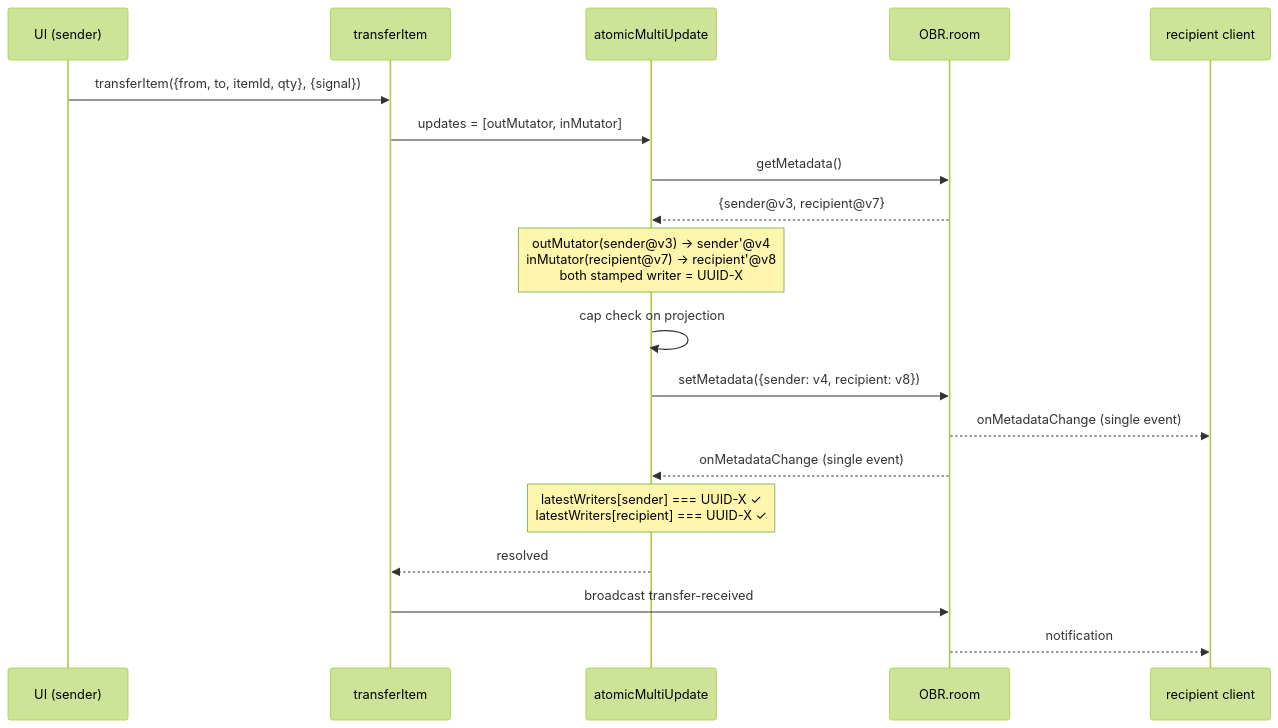
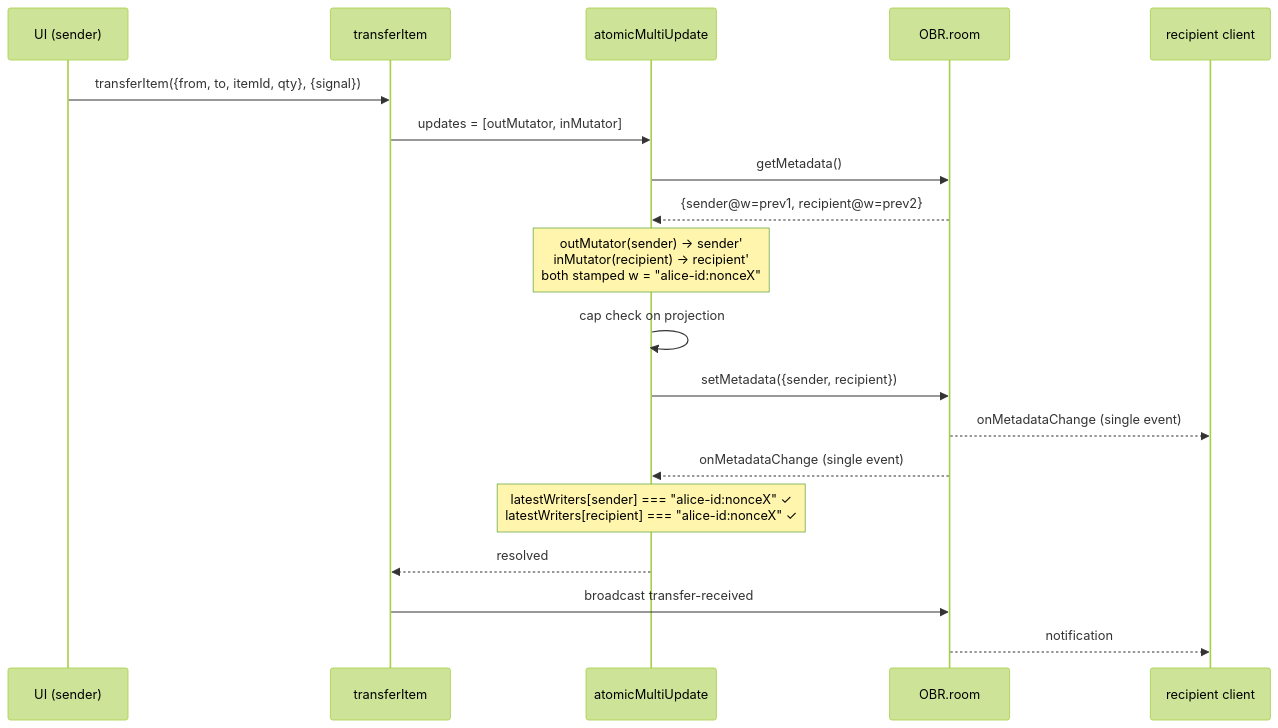
Before and after one commit to abottchen/obr-inv: the third of 4 diagrams in docs/superpowers/specs/2026-05-02-atomic-inventory-updates-design.md, drawn with Mermaid (forest theme). The commit also changed other lines of this file, not shown here.

First line of the commit message:
docs(spec): drop version, hybrid writer, blocker reporting in UI

````diff
--- a/docs/superpowers/specs/2026-05-02-atomic-inventory-updates-design.md
+++ b/docs/superpowers/specs/2026-05-02-atomic-inventory-updates-design.md
@@ -305,22 +296,22 @@
 ```mermaid
 sequenceDiagram
     participant UI as UI (sender)
     participant T as transferItem
     participant A as atomicMultiUpdate
     participant OBR as OBR.room
     participant R as recipient client
 
     UI->>T: transferItem({from, to, itemId, qty}, {signal})
     T->>A: updates = [outMutator, inMutator]
     A->>OBR: getMetadata()
-    OBR-->>A: {sender@v3, recipient@v7}
-    Note over A: outMutator(sender@v3) → sender'@v4<br/>inMutator(recipient@v7) → recipient'@v8<br/>both stamped writer = UUID-X
+    OBR-->>A: {sender@w=prev1, recipient@w=prev2}
+    Note over A: outMutator(sender) → sender'<br/>inMutator(recipient) → recipient'<br/>both stamped w = "alice-id:nonceX"
     A->>A: cap check on projection
-    A->>OBR: setMetadata({sender: v4, recipient: v8})
+    A->>OBR: setMetadata({sender, recipient})
     OBR-->>R: onMetadataChange (single event)
     OBR-->>A: onMetadataChange (single event)
-    Note over A: latestWriters[sender] === UUID-X ✓<br/>latestWriters[recipient] === UUID-X ✓
+    Note over A: latestWriters[sender] === "alice-id:nonceX" ✓<br/>latestWriters[recipient] === "alice-id:nonceX" ✓
     A-->>T: resolved
     T->>OBR: broadcast transfer-received
     OBR-->>R: notification
 ```
````
